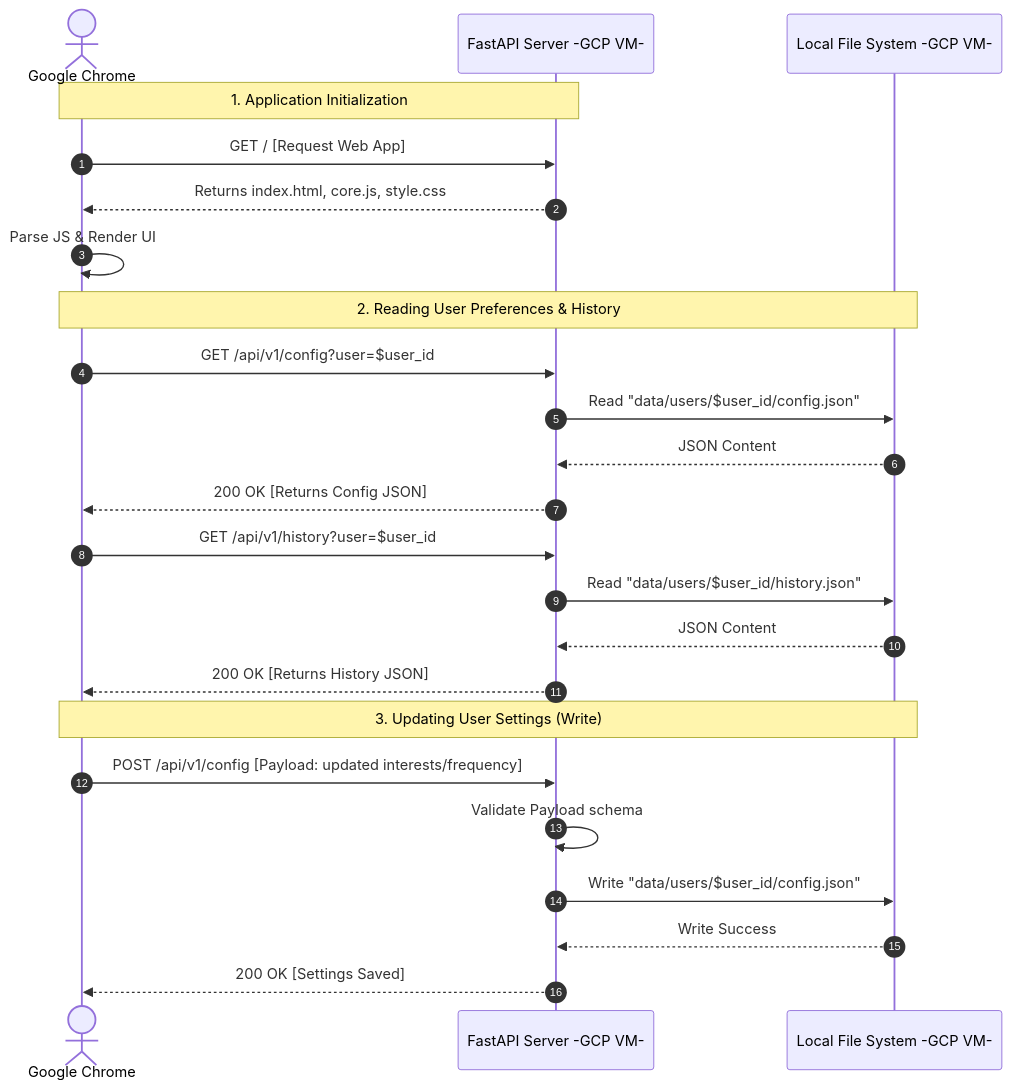
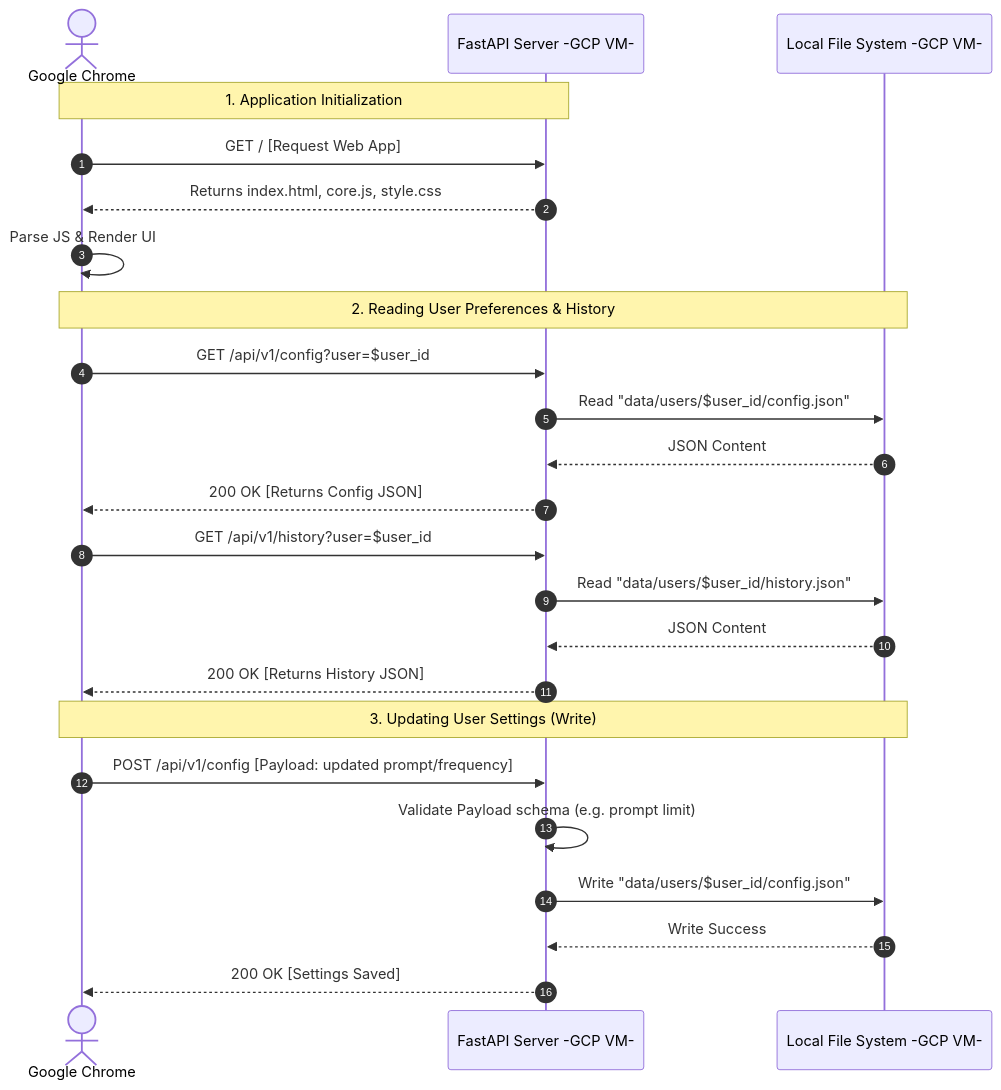
One commit to Zway68/AI-newsletter changed the diagram in client-server.md. Above: the diagram before and after it, drawn with Mermaid. The commit also changed 3 other files, not shown here.

````diff
--- a/client-server.md
+++ b/client-server.md
@@ -14,35 +14,35 @@
 ```mermaid
 sequenceDiagram
     autonumber
     
     actor User as Google Chrome
     participant Server as FastAPI Server -GCP VM-
     participant FS as Local File System -GCP VM-
     
     %% 1. Initial Page Load
     Note over User, Server: 1. Application Initialization
     User->>Server: GET / [Request Web App]
     Server-->>User: Returns index.html, core.js, style.css
     
     User->>User: Parse JS & Render UI
     
     %% 2. Reading Data
     Note over User, FS: 2. Reading User Preferences & History
     User->>Server: GET /api/v1/config?user=$user_id
     Server->>FS: Read "data/users/$user_id/config.json"
     FS-->>Server: JSON Content
     Server-->>User: 200 OK [Returns Config JSON]
     
     User->>Server: GET /api/v1/history?user=$user_id
     Server->>FS: Read "data/users/$user_id/history.json"
     FS-->>Server: JSON Content
     Server-->>User: 200 OK [Returns History JSON]
     
     %% 3. Writing Data
     Note over User, FS: 3. Updating User Settings (Write)
-    User->>Server: POST /api/v1/config [Payload: updated interests/frequency]
-    Server->>Server: Validate Payload schema
+    User->>Server: POST /api/v1/config [Payload: updated prompt/frequency]
+    Server->>Server: Validate Payload schema (e.g. prompt limit)
     Server->>FS: Write "data/users/$user_id/config.json"
     FS-->>Server: Write Success
     Server-->>User: 200 OK [Settings Saved]
 ```
````
